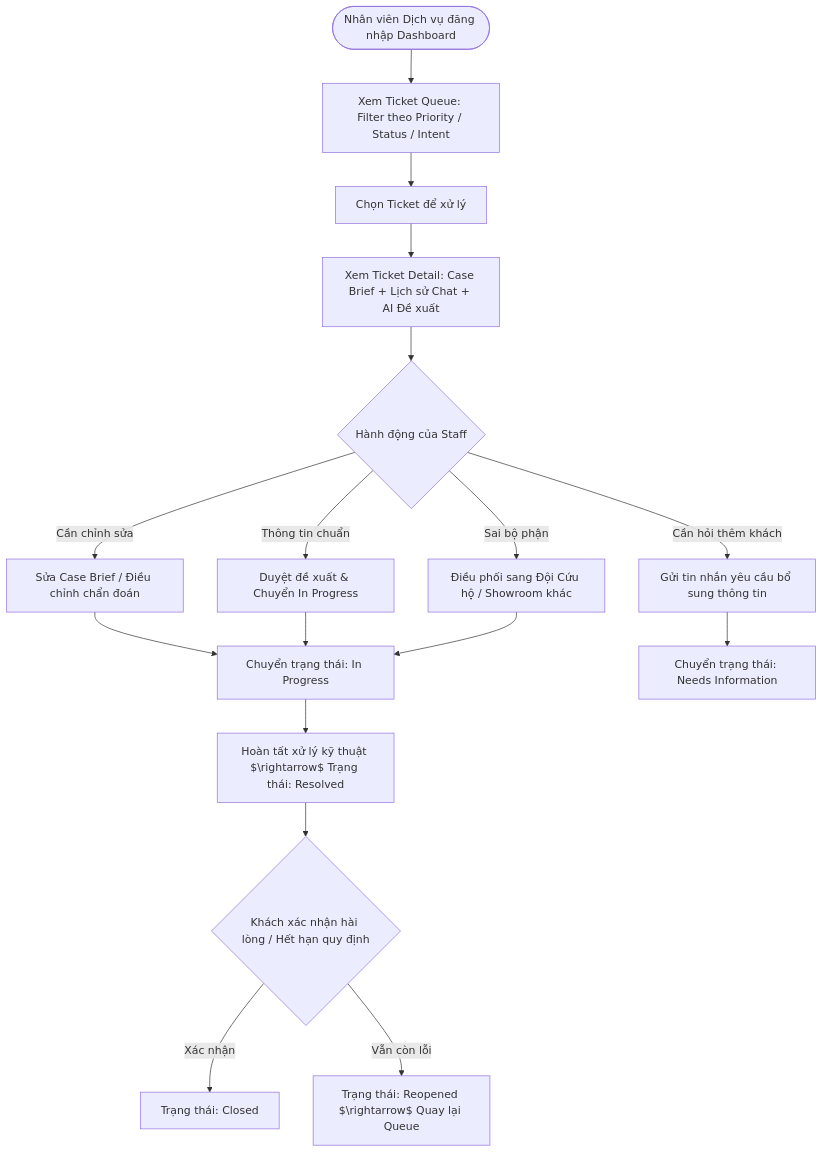
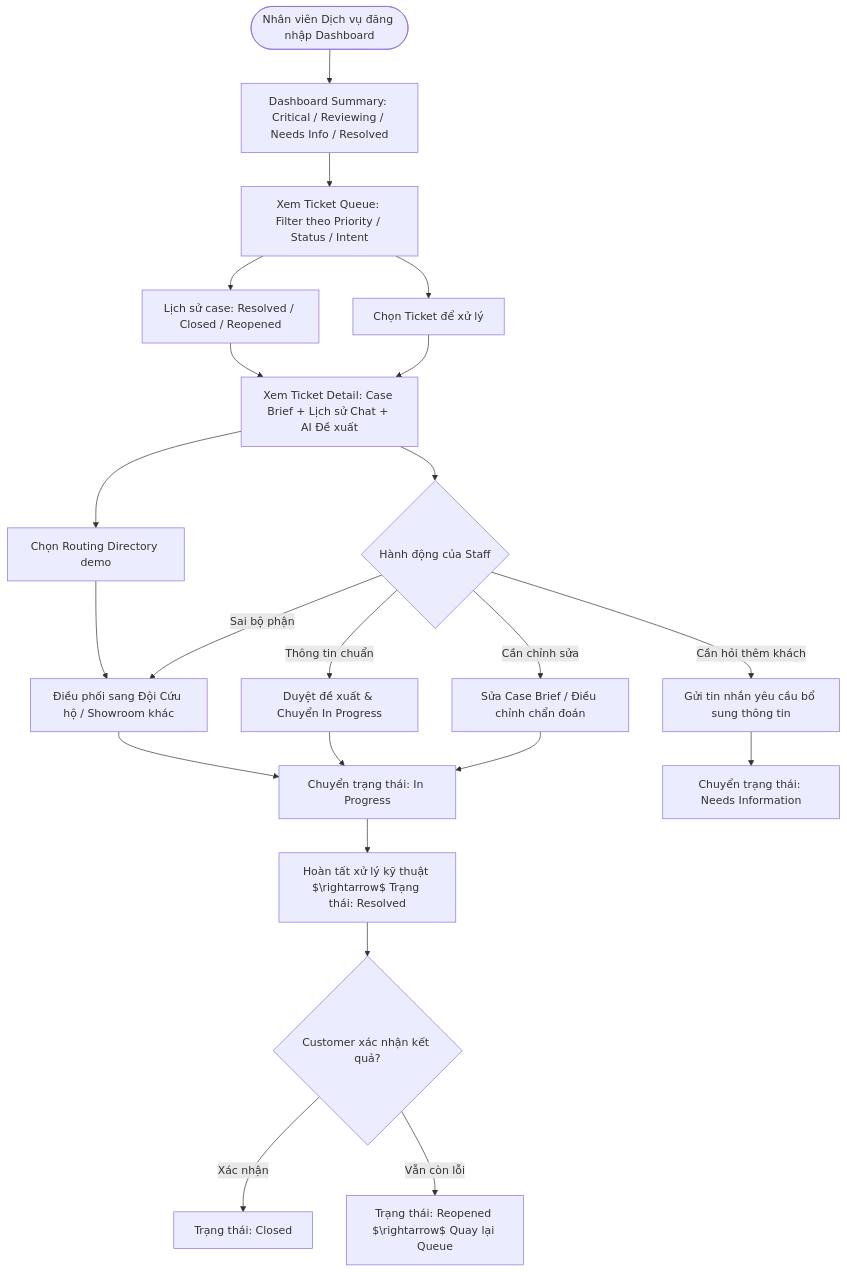
The second of 3 diagrams in docs/product/user-flows.md (TheViet298/viet-ai), drawn with Mermaid before and after one commit. The commit also changed other lines of this file and 28 other files, not shown here.

````diff
--- a/docs/product/user-flows.md
+++ b/docs/product/user-flows.md
@@ -64,23 +80,29 @@
 ```mermaid
 flowchart TD
-    StaffLogin([Nhân viên Dịch vụ đăng nhập Dashboard]) --> ViewQueue[Xem Ticket Queue: Filter theo Priority / Status / Intent]
+    StaffLogin([Nhân viên Dịch vụ đăng nhập Dashboard]) --> Dashboard[Dashboard Summary: Critical / Reviewing / Needs Info / Resolved]
+    Dashboard --> ViewQueue[Xem Ticket Queue: Filter theo Priority / Status / Intent]
     ViewQueue --> SelectTicket[Chọn Ticket để xử lý]
     SelectTicket --> ViewDetail[Xem Ticket Detail: Case Brief + Lịch sử Chat + AI Đề xuất]
     
     ViewDetail --> StaffAction{Hành động của Staff}
     
     StaffAction -->|Thông tin chuẩn| Approve[Duyệt đề xuất & Chuyển In Progress]
     StaffAction -->|Cần chỉnh sửa| EditBrief[Sửa Case Brief / Điều chỉnh chẩn đoán]
     StaffAction -->|Sai bộ phận| Reroute[Điều phối sang Đội Cứu hộ / Showroom khác]
     StaffAction -->|Cần hỏi thêm khách| AskCustomer[Gửi tin nhắn yêu cầu bổ sung thông tin]
     
     EditBrief --> InProgress[Chuyển trạng thái: In Progress]
     Approve --> InProgress
     Reroute --> InProgress
     AskCustomer --> AwaitingCust[Chuyển trạng thái: Needs Information]
     
     InProgress --> ResolveTicket[Hoàn tất xử lý kỹ thuật $\rightarrow$ Trạng thái: Resolved]
-    ResolveTicket --> ConfirmCustomer{Khách xác nhận hài lòng / Hết hạn quy định}
+    ResolveTicket --> ConfirmCustomer{Customer xác nhận kết quả?}
     ConfirmCustomer -->|Xác nhận| CloseTicket[Trạng thái: Closed]
     ConfirmCustomer -->|Vẫn còn lỗi| ReopenTicket[Trạng thái: Reopened $\rightarrow$ Quay lại Queue]
+
+    ViewQueue --> CaseHistory[Lịch sử case: Resolved / Closed / Reopened]
+    CaseHistory --> ViewDetail
+    ViewDetail --> RoutingDirectory[Chọn Routing Directory demo]
+    RoutingDirectory --> Reroute
 ```
````
